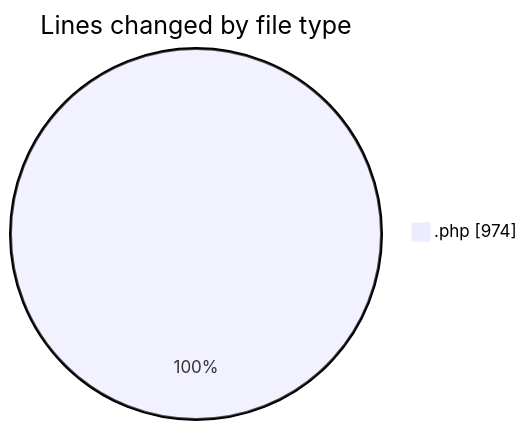
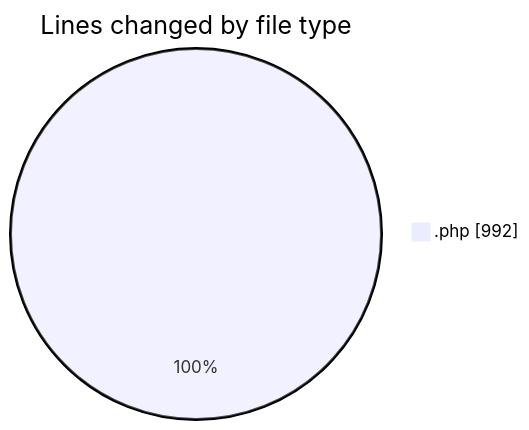
The first of 2 diagrams in 2025-10-02/untitled__workspace_/README.md (debugP/code-tracking), drawn with Mermaid before and after one commit. The commit also changed other lines of this file and 1 other file, not shown here.

````diff
--- a/2025-10-02/untitled__workspace_/README.md
+++ b/2025-10-02/untitled__workspace_/README.md
@@ -20,5 +20,5 @@
 ```mermaid
 pie showData
 title Lines changed by file type
-".php" : 974
+".php" : 992
 ```
````
